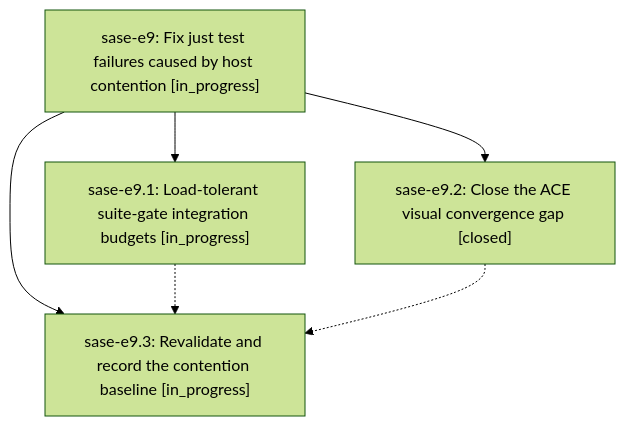
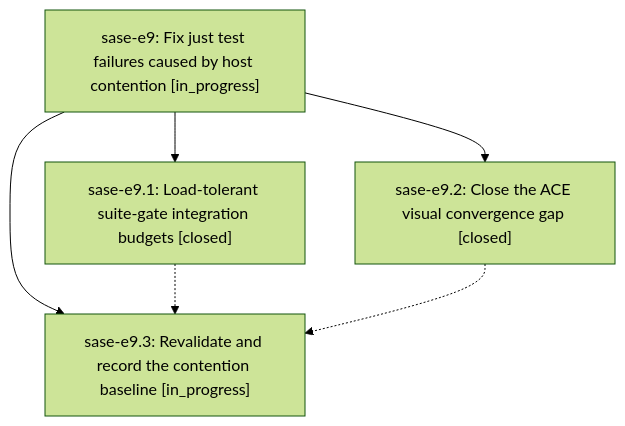
The diagram in pages/sase-e9/README.md (sase-org/sase--beads), drawn with Mermaid (forest theme) before and after one commit. The commit also changed other lines of this file and 2 other files, not shown here.

First line of the commit message:
chore(beads): sync bead state and pages for sase-e9

````diff
--- a/pages/sase-e9/README.md
+++ b/pages/sase-e9/README.md
@@ -24,12 +24,12 @@
 ```mermaid
 flowchart TD
     n0["sase-e9: Fix just test failures caused by host contention [in_progress]"]
-    n1["sase-e9.1: Load-tolerant suite-gate integration budgets [in_progress]"]
+    n1["sase-e9.1: Load-tolerant suite-gate integration budgets [closed]"]
     n2["sase-e9.2: Close the ACE visual convergence gap [closed]"]
     n3["sase-e9.3: Revalidate and record the contention baseline [in_progress]"]
     n0 --> n1
     n0 --> n2
     n0 --> n3
     n1 -.-> n3
     n2 -.-> n3
 ```
````
